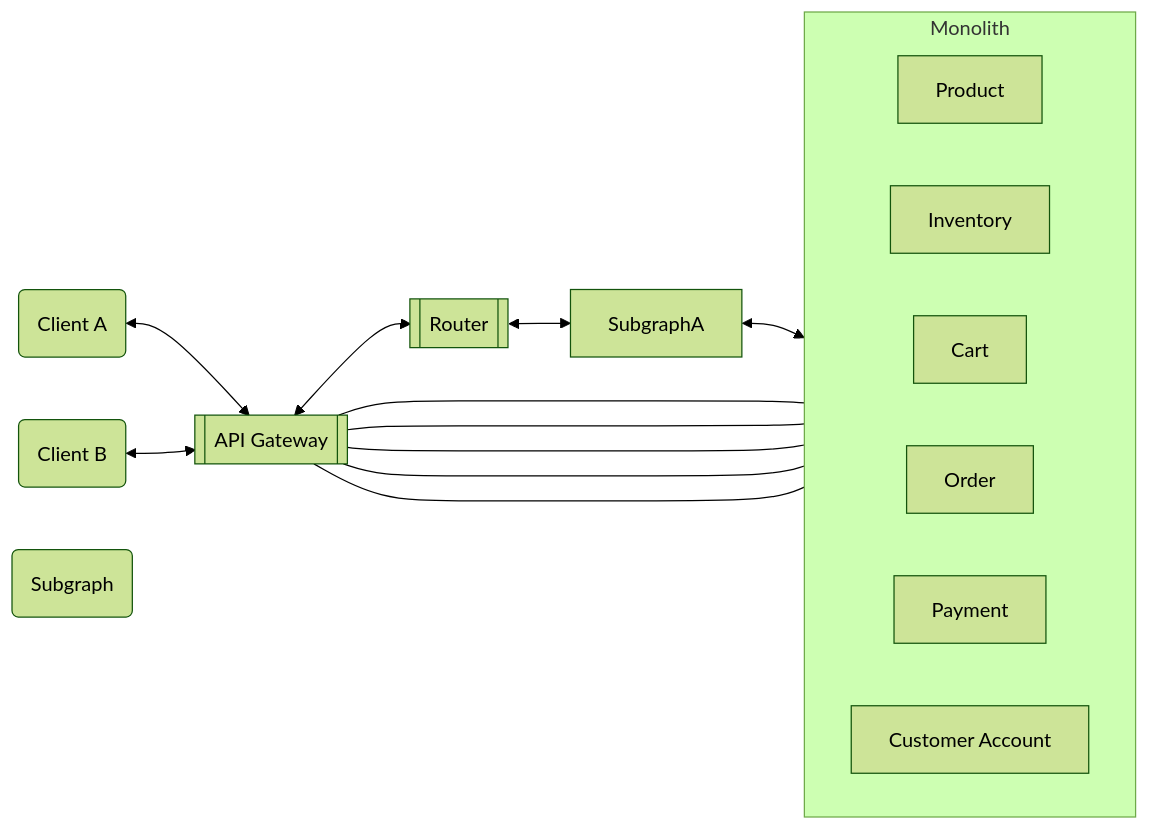
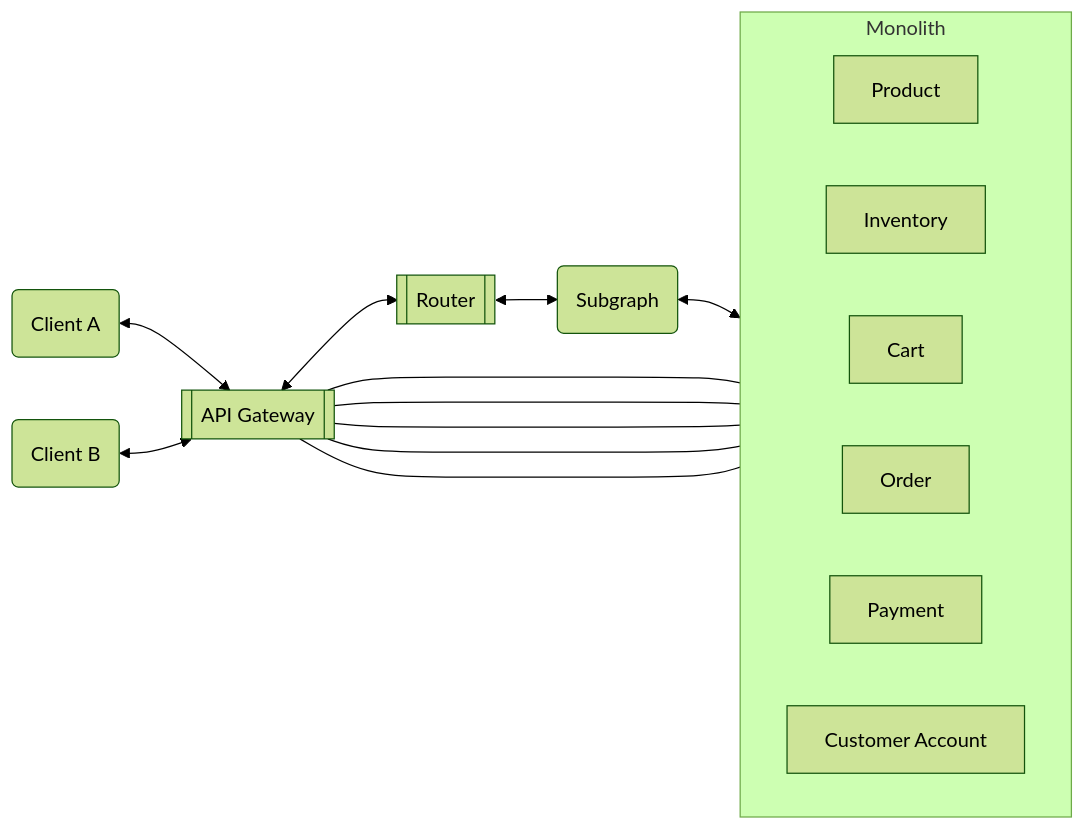
The second of 6 diagrams in src/content/technotes/TN0046-migrating-away-from-monolith.mdx (apollographql/docs), drawn with Mermaid (forest theme) before and after one commit. The commit also changed other lines of this file and 18 other files, not shown here.

````diff
--- a/src/content/technotes/TN0046-migrating-away-from-monolith.mdx
+++ b/src/content/technotes/TN0046-migrating-away-from-monolith.mdx
@@ -67,28 +73,28 @@
 ```mermaid
 flowchart LR
 ClientA("Client A")
 ClientB("Client B")
 Gateway[["API Gateway"]]
 Router[["Router"]]
-SugbraphA("Subgraph")
+SubgraphA("Subgraph")
 Gateway<-->Router
 Router<-->SubgraphA
 SubgraphA<-->Product
 ClientA <--> Gateway
 ClientB <--> Gateway
 subgraph Monolith
 direction LR
 Product["Product"];
 Inventory["Inventory"];
 Cart["Cart"];
 Order["Order"];
 Payment["Payment"];
 CustomerAccount["Customer Account"];
 end
 
 Gateway --- Inventory
 Gateway --- Cart
 Gateway --- Order
 Gateway --- Payment
 Gateway --- CustomerAccount
 ```
````
